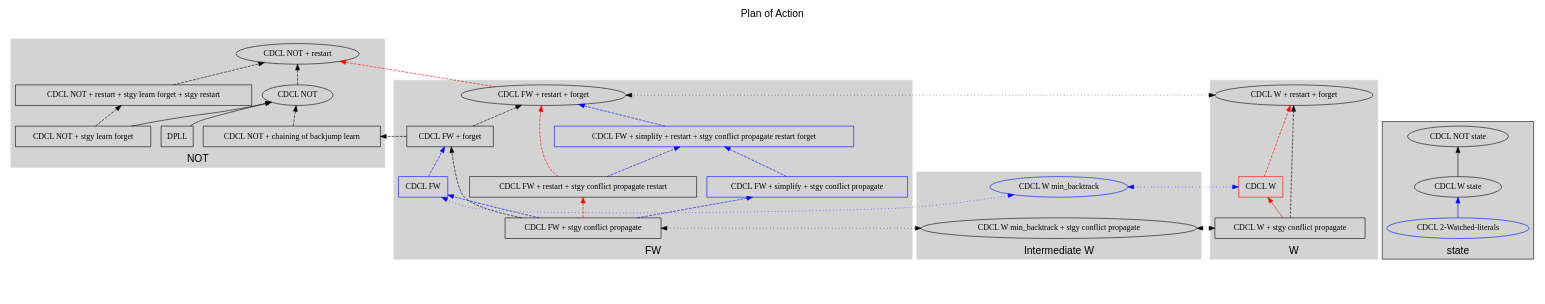
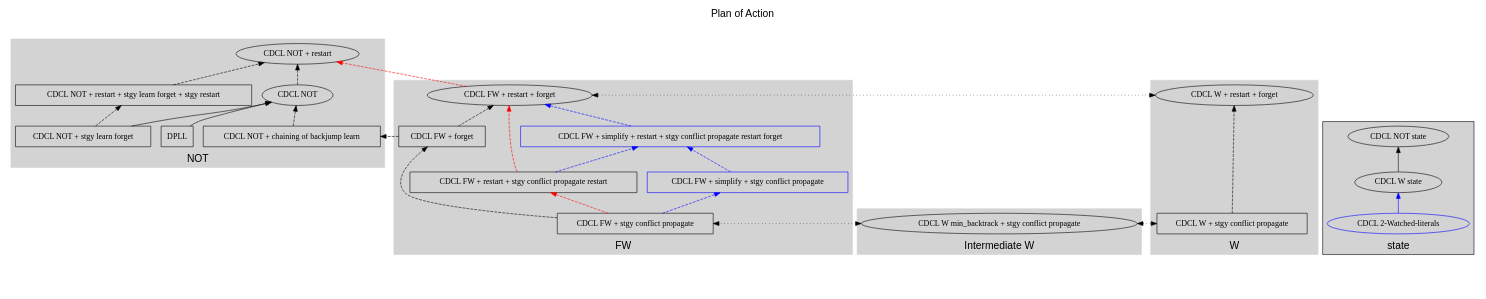
Before and after one commit to IsaFoL/IsaFoL: the diagram in Weidenbach_Book/CDCL.dot, drawn with Graphviz.

Commit message:
cleaning dot file

```diff
--- a/Weidenbach_Book/CDCL.dot
+++ b/Weidenbach_Book/CDCL.dot
@@ -1,124 +1,107 @@
 //dot -o CDCL.pdf -Tpdf CDCL.dot
 Digraph CDCL {
 	rankdir=BT;
 	graph [label="Plan of Action\n\n", labelloc=t; labeljust=center, fontname=Helvetica, fontsize=18];
 	minlen=100;
 	
 	newrank=true;
 	
 	subgraph cluster_not {
 		label="NOT";
 		style=filled;
 		color=lightgrey;
   		CDCL_NOT_restart [label="CDCL NOT + restart"];
   		CDCL_NOT [label="CDCL NOT"];
   		CDCL_NOT_restart_stgy_learn_forget_restart[label="CDCL NOT + restart + stgy learn forget + stgy restart", shape=box];
   		CDCL_NOT_chaining [label="CDCL NOT + chaining of backjump learn", shape=box];
   		DPLL [label="DPLL", shape=box];
 		CDCL_NOT_stgy_learn_forget [label="CDCL NOT + stgy learn forget", shape=box];
 				
 		
 	}
 
 	CDCL_NOT_stgy_learn_forget -> CDCL_NOT;
 	CDCL_NOT -> CDCL_NOT_restart [style=dashed];
 	CDCL_NOT_stgy_learn_forget -> CDCL_NOT_restart_stgy_learn_forget_restart [style=dashed];
 	CDCL_NOT_restart_stgy_learn_forget_restart -> CDCL_NOT_restart [style=dashed];
 	DPLL -> CDCL_NOT;
 
 	CDCL_NOT_chaining -> CDCL_NOT [style=dashed];
 	subgraph cluster_phantom{
 	  style = invis;
 	  
   	  subgraph cluster_w_fw {
   		  label="Intermediate W";
   		  style=filled;
   		  color=lightgrey;
-  		  CDCL_W_min_backtrack [label="CDCL W min_backtrack", color=blue];
   		  CDCL_W_min_backtrack_stgy_conflict_propagate [label="CDCL W min_backtrack + stgy conflict propagate"];
   	  }
   	  subgraph cluster_fw {
   		  style=filled;
   		  color=lightgrey;
   		  label="FW";
-  		  CDCL_FW [label="CDCL FW", color=blue, shape=box];
   		  CDCL_FW_forget [label="CDCL FW + forget", shape=box];
   		  CDCL_FW_stgy_conflict_propagate_restart [label="CDCL FW + restart + stgy conflict propagate restart", shape=box];
 		  CDCL_FW_simplify_stgy_conflict_propagate_restart [label="CDCL FW + simplify + restart + stgy conflict propagate restart forget", color=blue, shape=box];
   		  CDCL_FW_stgy_conflict_propagate [label="CDCL FW + stgy conflict propagate", shape=box];
   		  CDCL_FW_simplify_stgy_conflict_propagate [label="CDCL FW + simplify + stgy conflict propagate", color=blue, shape=box];
   		  CDCL_FW_forget_restart [label="CDCL FW + restart + forget"];
 	  }
 	}
 	CDCL_FW_stgy_conflict_propagate_restart -> CDCL_FW_forget_restart [style=dashed, color=red];
 	CDCL_FW_forget -> CDCL_NOT_chaining [style=dashed];
 	CDCL_FW_forget -> CDCL_FW_forget_restart [style=dashed];
 	CDCL_FW_forget_restart -> CDCL_NOT_restart [style=dashed, color=red];
-	CDCL_FW -> CDCL_FW_forget [style=dashed, color=blue];
-	CDCL_FW_stgy_conflict_propagate ->  CDCL_FW[style=dashed, color=blue];
 	CDCL_FW_stgy_conflict_propagate -> CDCL_FW_stgy_conflict_propagate_restart[style=dashed, color=red];
 
 	CDCL_FW_stgy_conflict_propagate -> CDCL_FW_simplify_stgy_conflict_propagate[style=dashed, color=blue];
 	CDCL_FW_stgy_conflict_propagate_restart -> CDCL_FW_simplify_stgy_conflict_propagate_restart[style=dashed, color=blue];
 	CDCL_FW_simplify_stgy_conflict_propagate -> CDCL_FW_simplify_stgy_conflict_propagate_restart[style=dashed, color=blue];
 	CDCL_FW_simplify_stgy_conflict_propagate_restart -> CDCL_FW_forget_restart[style=dashed, color=blue];
 
 	subgraph cluster_w {
 		label="W";
 		style=filled;
 		color=lightgrey;
-		CDCL_W [label="CDCL W", color=red, shape=box];
 		CDCL_W_forget_restart [label="CDCL W + restart + forget"];
 		CDCL_W_stgy_conflict_propagate [label="CDCL W + stgy conflict propagate", shape=box];
 	}
-	CDCL_W -> CDCL_W_forget_restart[color=red, style=dashed];
 	CDCL_W_stgy_conflict_propagate -> CDCL_W_forget_restart[style=dashed];
-	CDCL_W_stgy_conflict_propagate -> CDCL_W[color=red];
 	CDCL_W_forget_restart -> CDCL_FW_forget_restart[style=dotted, dir="both"];
 
-	CDCL_W_min_backtrack -> CDCL_FW[style=dotted, dir="both", color=blue];
-	CDCL_W_min_backtrack -> CDCL_W[style=dotted, dir="both", color=blue];
 
 	CDCL_W_min_backtrack_stgy_conflict_propagate -> CDCL_W_stgy_conflict_propagate[style=dotted, dir="both"];
 	CDCL_W_min_backtrack_stgy_conflict_propagate -> CDCL_FW_stgy_conflict_propagate[style=dotted, dir="both"];
 	CDCL_FW_stgy_conflict_propagate -> CDCL_FW_forget[style=dashed];
 	
 
 	subgraph cluster_state {
 		label="state";
 		style=filled;
 		CDCL_NOT_state [label="CDCL NOT state"];
 		CDCL_W_state [label="CDCL W state"];
 		CDCL_WL [label="CDCL 2-Watched-literals", color=blue];
 	}
 
 	CDCL_W_state -> CDCL_NOT_state;
 	CDCL_WL -> CDCL_W_state[color=blue];
-	
-	{rank=same;
-		CDCL_W
-		//CDCL_NOT
-		CDCL_W_min_backtrack
-		CDCL_FW
-		
-		};
 
 	{rank=same;
 		CDCL_W_forget_restart;
 		CDCL_FW_forget_restart;
 		
 	}
 
 	{rank=sink
 		CDCL_W_min_backtrack_stgy_conflict_propagate
 		CDCL_W_stgy_conflict_propagate
 		CDCL_FW_stgy_conflict_propagate
 	}
 	
 	{rank=same
 		CDCL_NOT_chaining
 		CDCL_FW_forget
 		DPLL
 		CDCL_NOT_stgy_learn_forget
 	}
 }
```
